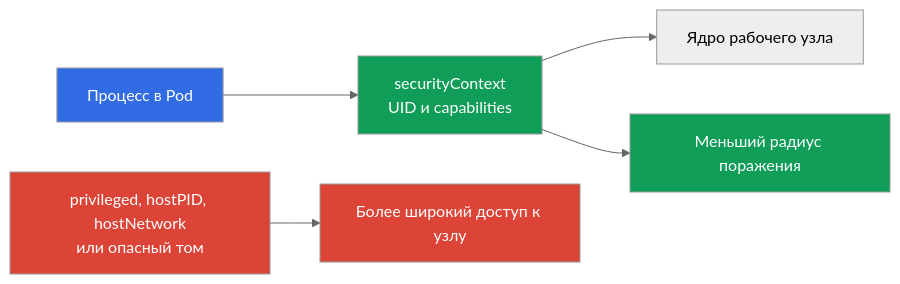
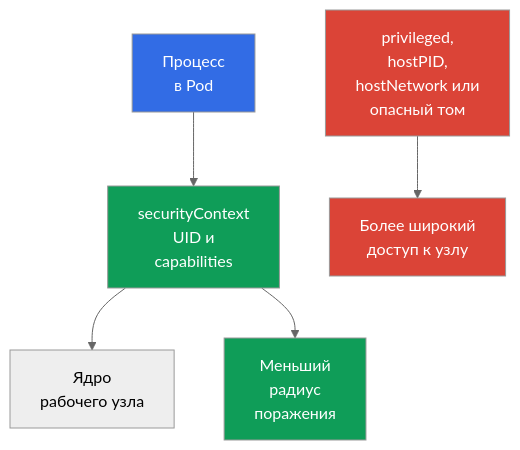
The diagram in tasks/kcsa/course/09/ru.md (ViktorUJ/cks), drawn with Mermaid (neutral theme) before and after one commit. The commit also changed 60 other files, not shown here.

````diff
--- a/tasks/kcsa/course/09/ru.md
+++ b/tasks/kcsa/course/09/ru.md
@@ -48,12 +48,12 @@
 ```mermaid
-flowchart LR
-    app["Процесс в Pod"] --> sc["securityContext<br/>UID и capabilities"]
-    sc --> kernel["Ядро рабочего узла"]
-    risky["privileged, hostPID, hostNetwork<br/>или опасный том"] --> host["Более широкий доступ к узлу"]
-    sc --> limited["Меньший радиус поражения"]
+flowchart TB
+    app["Процесс<br/>в Pod"] --> sc["securityContext<br/>UID и<br/>capabilities"]
+    sc --> kernel["Ядро<br/>рабочего узла"]
+    risky["privileged,<br/>hostPID,<br/>hostNetwork или<br/>опасный том"] --> host["Более широкий<br/>доступ к узлу"]
+    sc --> limited["Меньший<br/>радиус<br/>поражения"]
     style app fill:#326ce5,color:#fff
     style sc fill:#0f9d58,color:#fff
     style risky fill:#db4437,color:#fff
     style host fill:#db4437,color:#fff
     style limited fill:#0f9d58,color:#fff
 ```
````
